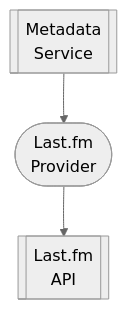
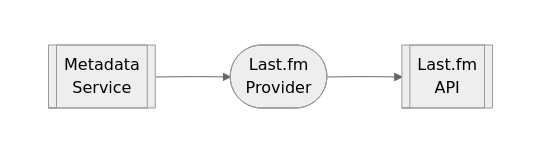
One commit to lusoris/revenge changed the diagram in docs/dev/design/integrations/metadata/music/LASTFM.md. Above: the diagram before and after it, drawn with Mermaid (neutral theme). The commit also changed 210 other files, not shown here.

First line of the commit message:
feat(docs): Add horizontal layout support for Mermaid diagrams

````diff
--- a/docs/dev/design/integrations/metadata/music/LASTFM.md
+++ b/docs/dev/design/integrations/metadata/music/LASTFM.md
@@ -59,8 +59,14 @@
 ```mermaid
 flowchart TD
-    node1[["Metadata<br/>Service"]]
-    node2(["Last.fm<br/>Provider"])
-    node3[["Last.fm<br/>API"]]
+    subgraph row1[ ]
+        direction LR
+        node1[["Metadata<br/>Service"]]
+        node2(["Last.fm<br/>Provider"])
+        node3[["Last.fm<br/>API"]]
+    end
     node1 --> node2
     node2 --> node3
+
+    %% Hide row subgraph borders
+    style row1 fill:transparent,stroke:transparent
 ```
````
